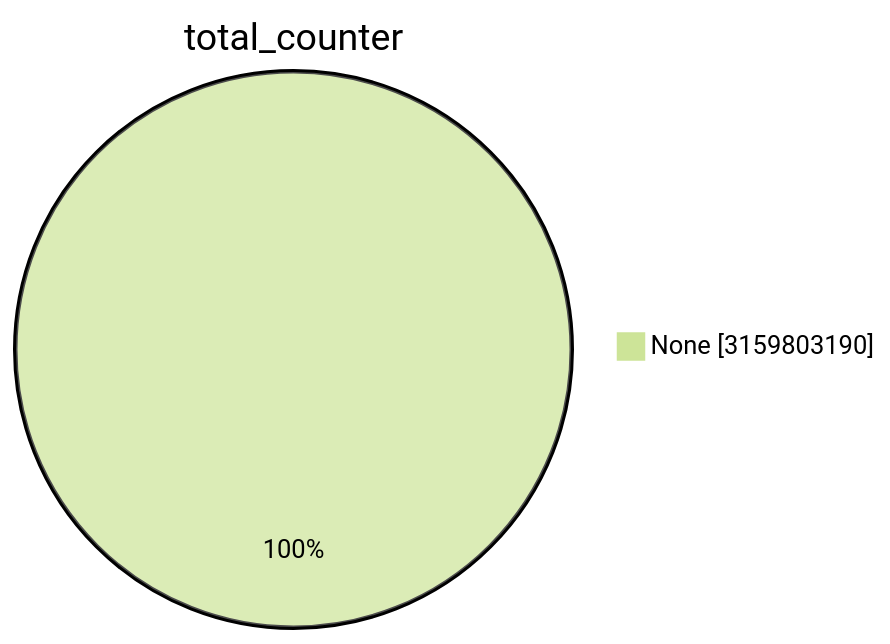
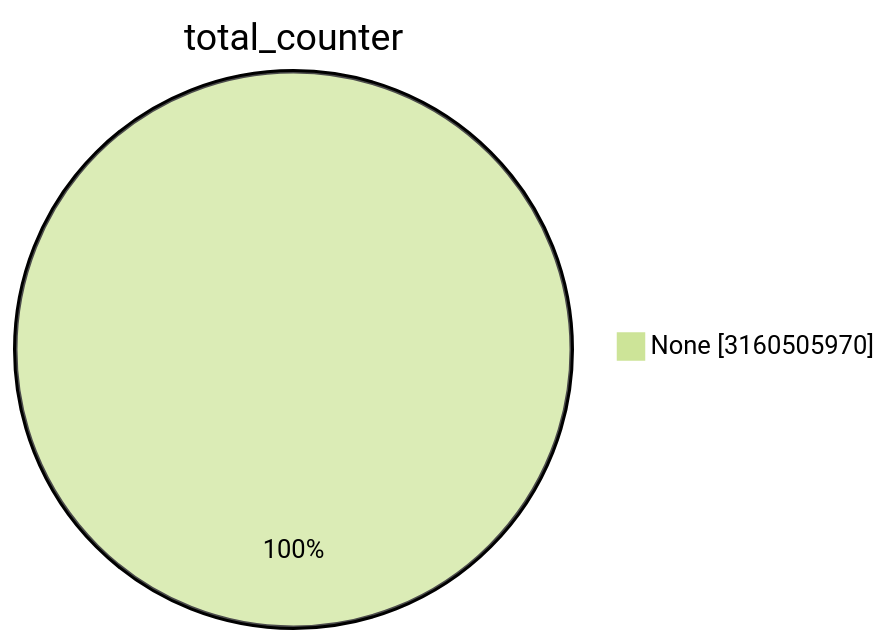
Before and after one commit to christiankrug/ctmonitor_visualization: the first of 15 diagrams in TOTAL/README.md, drawn with Mermaid (forest theme). The commit also changed other lines of this file, not shown here.

````diff
--- a/TOTAL/README.md
+++ b/TOTAL/README.md
@@ -1,5 +1,5 @@
 ```mermaid
 pie showData
 title total_counter
-"None" :3159803190
+"None" :3160505970
 ```
````
